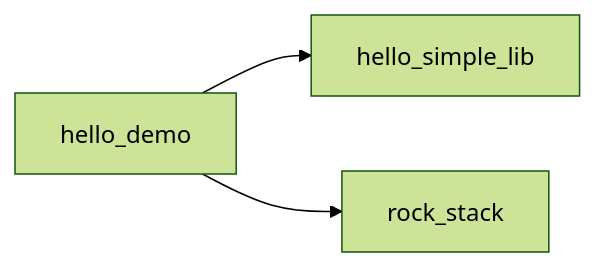
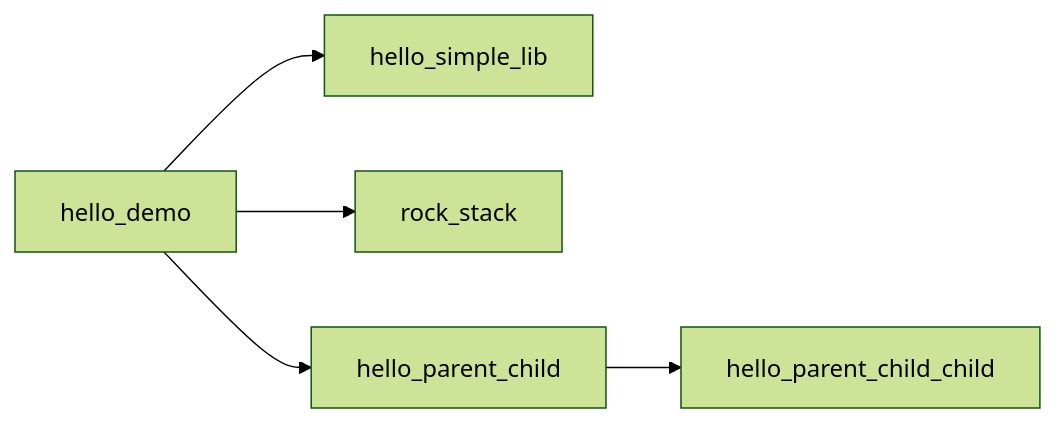
One commit to shelltdf/up changed the diagram in test_projects/README.md. Above: the diagram before and after it, drawn with Mermaid (forest theme). The commit also changed other lines of this file and 13 other files, not shown here.

````diff
--- a/test_projects/README.md
+++ b/test_projects/README.md
@@ -17,8 +18,12 @@
 ```mermaid
 flowchart LR
   hello_simple_lib["hello_simple_lib"]
   hello_demo["hello_demo"]
   rock_stack["rock_stack"]
+  hello_parent_child["hello_parent_child"]
+  hello_parent_child_child["hello_parent_child_child"]
   hello_demo --> hello_simple_lib
   hello_demo --> rock_stack
+  hello_demo --> hello_parent_child
+  hello_parent_child --> hello_parent_child_child
 ```
````
